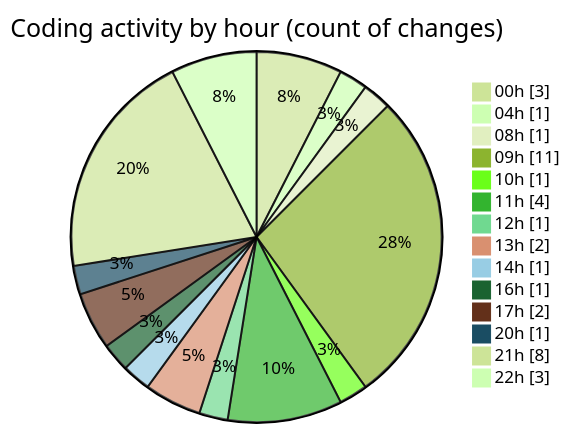
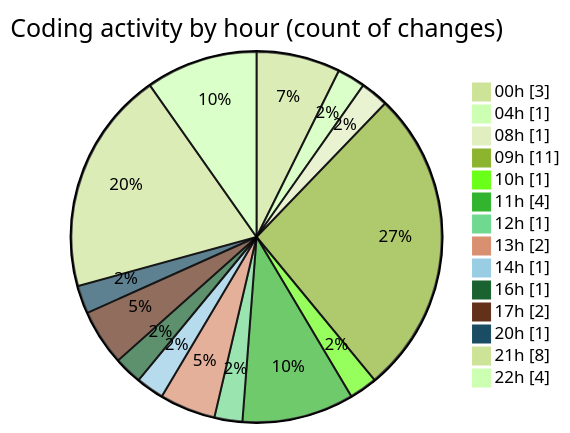
One commit to tmsrecording-cyber/code-tracking changed the second of 2 diagrams in 2026-02-03/singularitybrainai/README.md. Above: the diagram before and after it, drawn with Mermaid (forest theme). The commit also changed other lines of this file and 1 other file, not shown here.

````diff
--- a/2026-02-03/singularitybrainai/README.md
+++ b/2026-02-03/singularitybrainai/README.md
@@ -34,18 +34,18 @@
 ```mermaid
 pie showData
 title Coding activity by hour (count of changes)
 "00h" : 3
 "04h" : 1
 "08h" : 1
 "09h" : 11
 "10h" : 1
 "11h" : 4
 "12h" : 1
 "13h" : 2
 "14h" : 1
 "16h" : 1
 "17h" : 2
 "20h" : 1
 "21h" : 8
-"22h" : 3
+"22h" : 4
 ```
````
